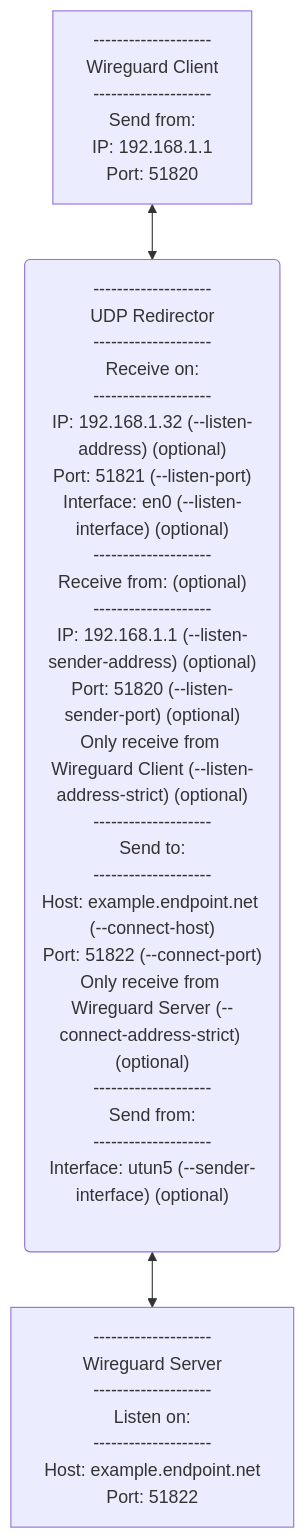
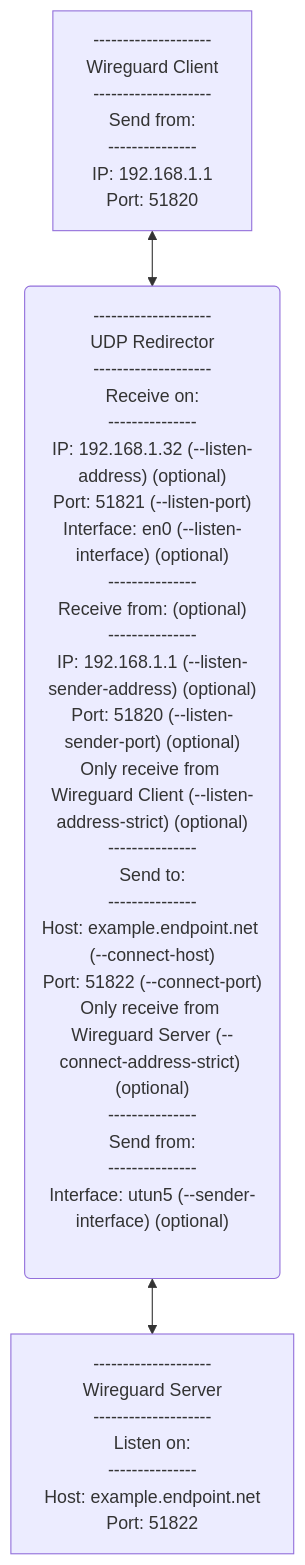
Before and after one commit to danpodeanu/udp-redirect: the diagram in README.md, drawn with Mermaid.

Commit message:
Improve README.md example clarity

````diff
--- a/README.md
+++ b/README.md
@@ -42,5 +42,5 @@
 ```mermaid
 graph TD
-    A["--------------------<br/>Wireguard Client<br/>--------------------<br/>Send from:<br/>IP: 192.168.1.1<br/>Port: 51820"] <--> B("--------------------<br/>UDP Redirector<br/>--------------------<br/>Receive on:<br/>--------------------<br/>IP: 192.168.1.32 (--listen-address) (optional)<br/>Port: 51821 (--listen-port)<br/>Interface: en0 (--listen-interface) (optional)<br/>--------------------<br/>Receive from: (optional)<br/>--------------------<br/>IP: 192.168.1.1 (--listen-sender-address) (optional)<br/>Port: 51820 (--listen-sender-port) (optional)<br/>Only receive from Wireguard Client (--listen-address-strict) (optional)<br/>--------------------<br/>Send to:<br/>--------------------<br/>Host: example.endpoint.net (--connect-host)</br>Port: 51822 (--connect-port)<br/>Only receive from Wireguard Server (--connect-address-strict) (optional)<br/>--------------------<br/>Send from:<br/>--------------------<br/>Interface: utun5 (--sender-interface) (optional)<br/><br/>")
-    B <--> C["--------------------<br/>Wireguard Server<br/>--------------------<br/>Listen on:<br/>--------------------<br/>Host: example.endpoint.net<br/>Port: 51822"]
+    A["--------------------<br/>Wireguard Client<br/>--------------------<br/>Send from:<br/>---------------<br/>IP: 192.168.1.1<br/>Port: 51820"] <--> B("--------------------<br/>UDP Redirector<br/>--------------------<br/>Receive on:<br/>---------------<br/>IP: 192.168.1.32 (--listen-address) (optional)<br/>Port: 51821 (--listen-port)<br/>Interface: en0 (--listen-interface) (optional)<br/>---------------<br/>Receive from: (optional)<br/>---------------<br/>IP: 192.168.1.1 (--listen-sender-address) (optional)<br/>Port: 51820 (--listen-sender-port) (optional)<br/>Only receive from Wireguard Client (--listen-address-strict) (optional)<br/>---------------<br/>Send to:<br/>---------------<br/>Host: example.endpoint.net (--connect-host)</br>Port: 51822 (--connect-port)<br/>Only receive from Wireguard Server (--connect-address-strict) (optional)<br/>---------------<br/>Send from:<br/>---------------<br/>Interface: utun5 (--sender-interface) (optional)<br/><br/>")
+    B <--> C["--------------------<br/>Wireguard Server<br/>--------------------<br/>Listen on:<br/>---------------<br/>Host: example.endpoint.net<br/>Port: 51822"]
 ```
````
